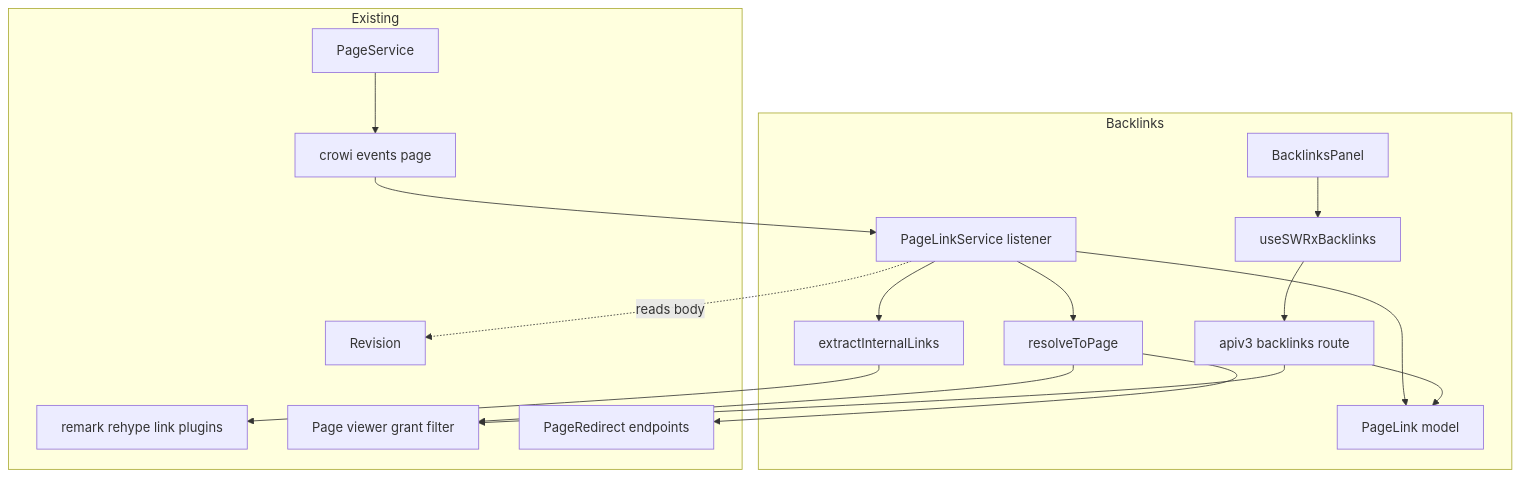
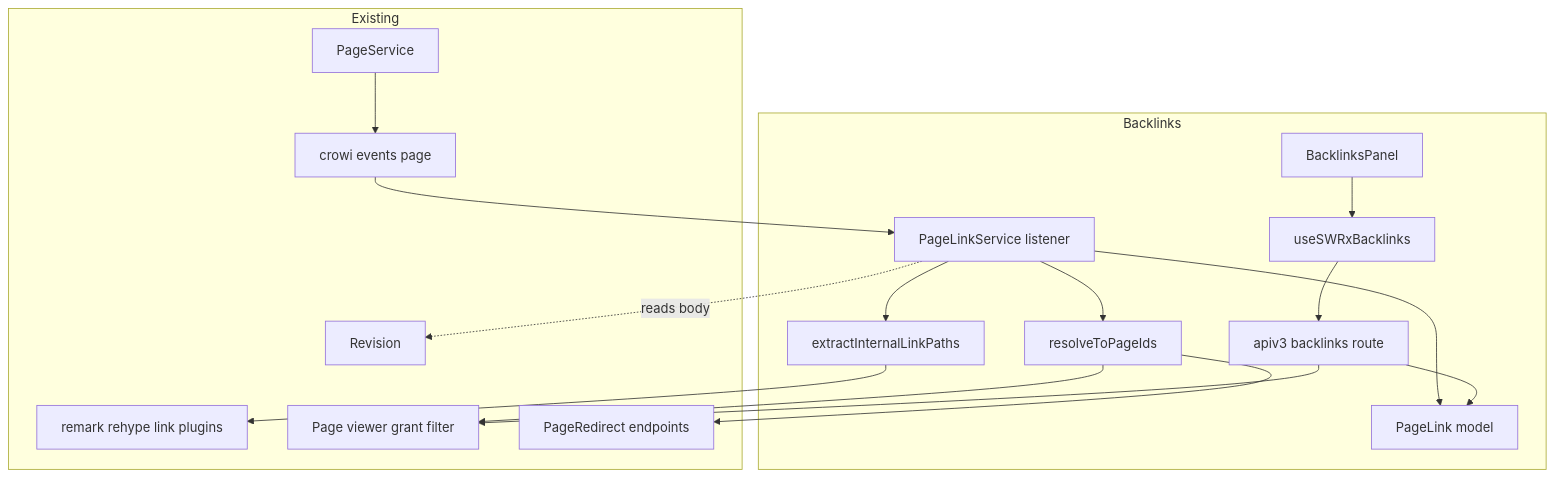
Before and after one commit to growilabs/growi: the first of 5 diagrams in .kiro/specs/backlinks/design.md, drawn with Mermaid. The commit also changed other lines of this file and 1 other file, not shown here.

````diff
--- a/.kiro/specs/backlinks/design.md
+++ b/.kiro/specs/backlinks/design.md
@@ -124,34 +124,34 @@
 ```mermaid
 graph TB
     subgraph Existing
         PageSvc[PageService]
         Bus[crowi events page]
         Render[remark rehype link plugins]
         Grant[Page viewer grant filter]
         Redirect[PageRedirect endpoints]
         Rev[Revision]
     end
     subgraph Backlinks
         Listener[PageLinkService listener]
-        Extract[extractInternalLinks]
-        Resolve[resolveToPage]
+        Extract[extractInternalLinkPaths]
+        Resolve[resolveToPageIds]
         Model[PageLink model]
         Route[apiv3 backlinks route]
         Hook[useSWRxBacklinks]
         Panel[BacklinksPanel]
     end
 
     PageSvc --> Bus
     Bus --> Listener
     Listener --> Extract
     Extract --> Render
     Listener --> Resolve
     Resolve --> Redirect
     Resolve --> Grant
     Listener --> Model
     Route --> Model
     Route --> Grant
     Hook --> Route
     Panel --> Hook
     Listener -. reads body .-> Rev
 ```
````
